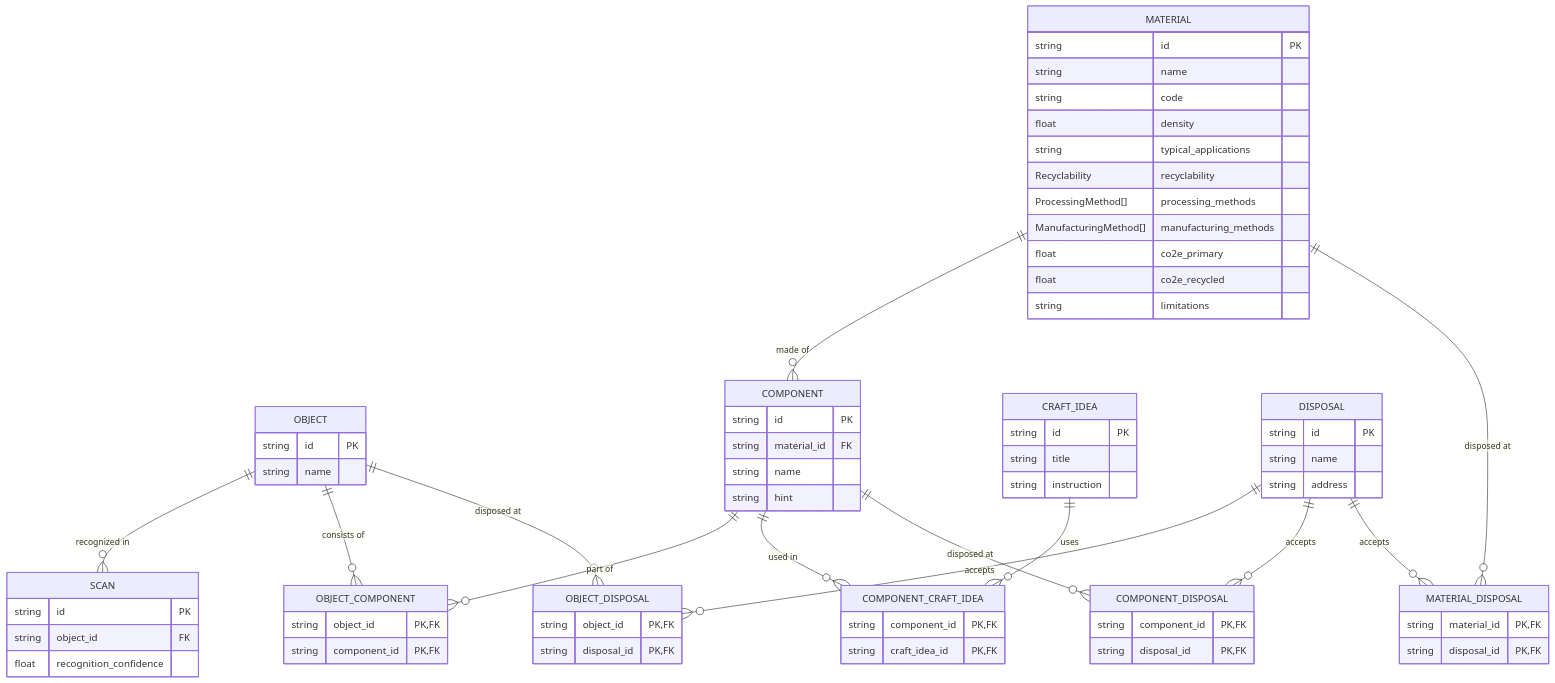
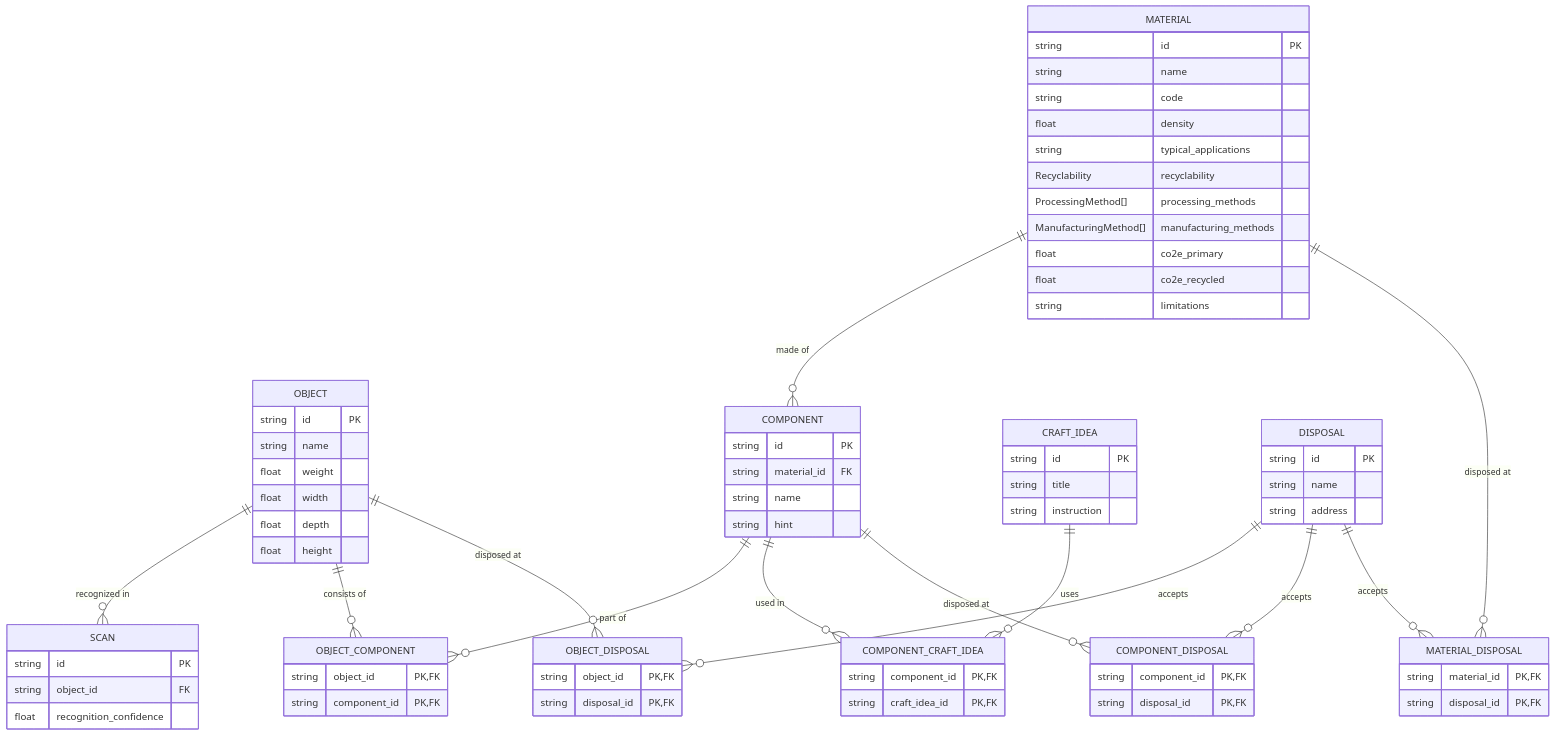
One commit to kontor2026/web-app changed the diagram in data/erm.md. Above: the diagram before and after it, drawn with Mermaid. The commit also changed 135 other files, not shown here.

````diff
--- a/data/erm.md
+++ b/data/erm.md
@@ -1,73 +1,77 @@
 ```mermaid
 erDiagram
     OBJECT ||--o{ SCAN : "recognized in"
     OBJECT ||--o{ OBJECT_COMPONENT : "consists of"
     COMPONENT ||--o{ OBJECT_COMPONENT : "part of"
     MATERIAL ||--o{ COMPONENT : "made of"
     COMPONENT ||--o{ COMPONENT_CRAFT_IDEA : "used in"
     CRAFT_IDEA ||--o{ COMPONENT_CRAFT_IDEA : uses
     OBJECT ||--o{ OBJECT_DISPOSAL : "disposed at"
     COMPONENT ||--o{ COMPONENT_DISPOSAL : "disposed at"
     MATERIAL ||--o{ MATERIAL_DISPOSAL : "disposed at"
     DISPOSAL ||--o{ OBJECT_DISPOSAL : accepts
     DISPOSAL ||--o{ COMPONENT_DISPOSAL : accepts
     DISPOSAL ||--o{ MATERIAL_DISPOSAL : accepts
     SCAN {
         string id PK
         string object_id FK
         float recognition_confidence
     }
     OBJECT {
         string id PK
         string name
+        float weight
+        float width
+        float depth
+        float height
     }
     OBJECT_COMPONENT {
         string object_id PK, FK
         string component_id PK, FK
     }
     COMPONENT {
         string id PK
         string material_id FK
         string name
         string hint
     }
     MATERIAL {
         string id PK
         string name
         string code
         float density
         string typical_applications
         Recyclability recyclability
         ProcessingMethod[] processing_methods
         ManufacturingMethod[] manufacturing_methods
         float co2e_primary
         float co2e_recycled
         string limitations
     }
     COMPONENT_CRAFT_IDEA {
         string component_id PK, FK
         string craft_idea_id PK, FK
     }
     CRAFT_IDEA {
         string id PK
         string title
         string instruction
     }
     OBJECT_DISPOSAL {
         string object_id PK, FK
         string disposal_id PK, FK
     }
     COMPONENT_DISPOSAL {
         string component_id PK, FK
         string disposal_id PK, FK
     }
     MATERIAL_DISPOSAL {
         string material_id PK, FK
         string disposal_id PK, FK
     }
     DISPOSAL {
         string id PK
         string name
         string address
     }
 ```
````
